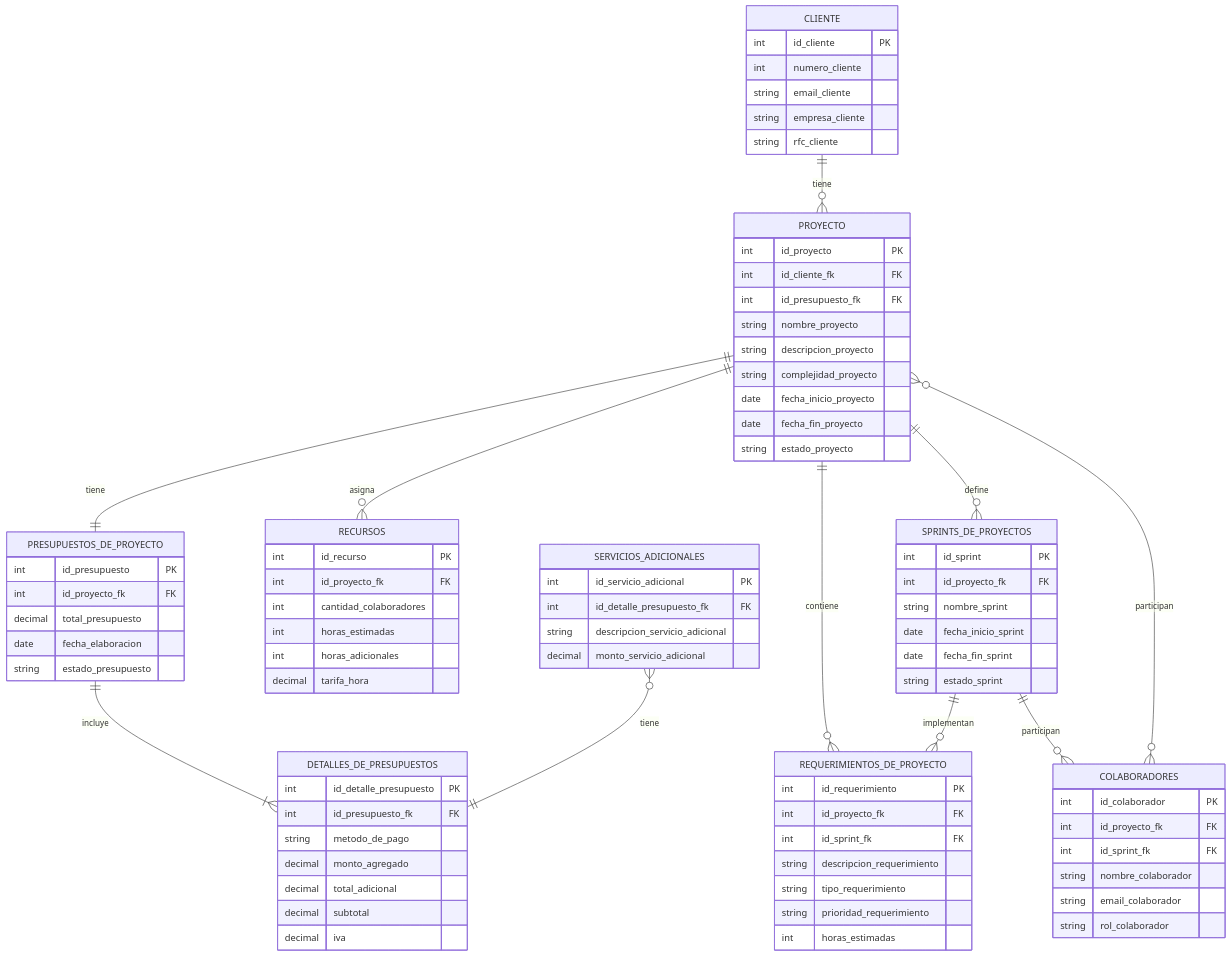
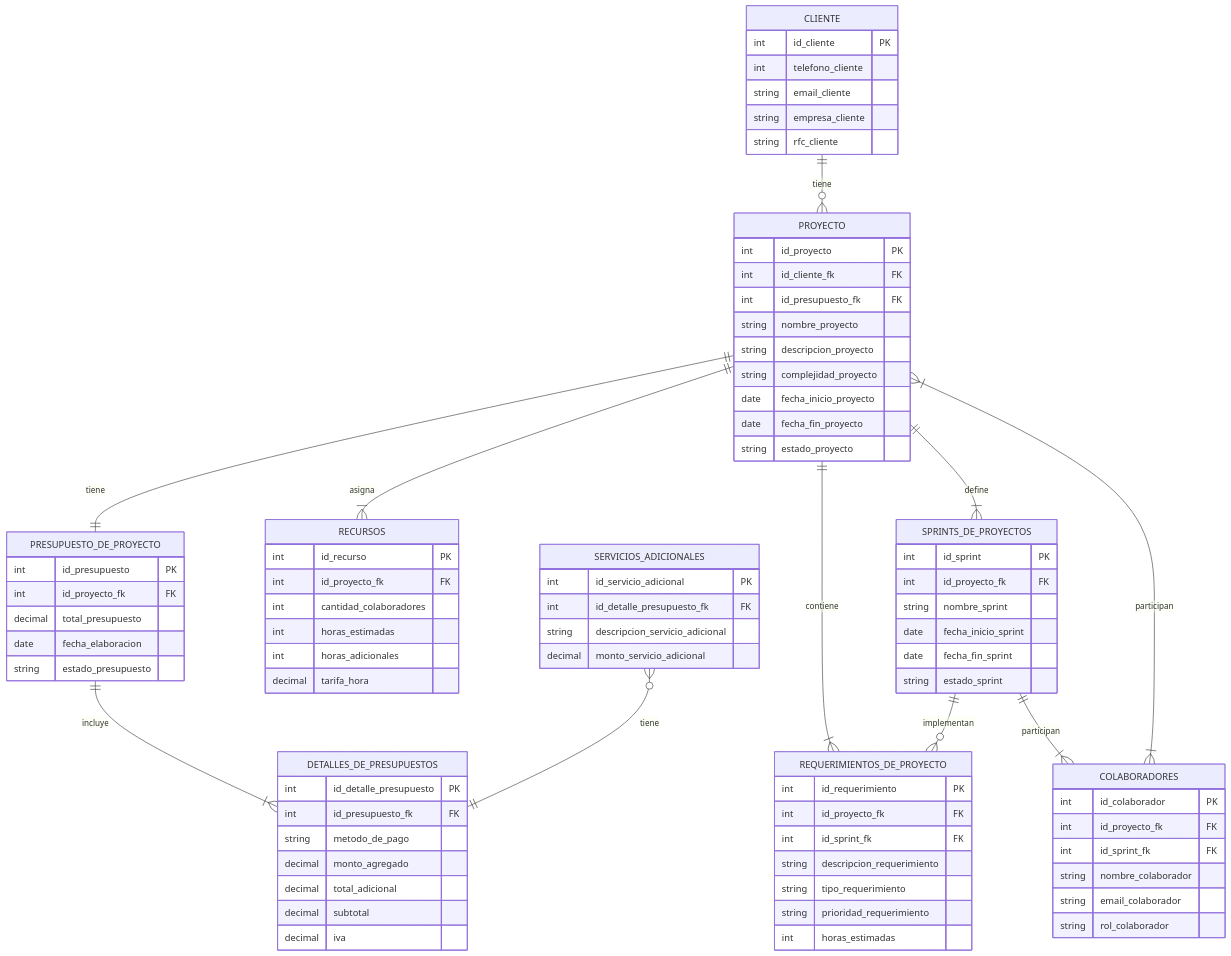
Before and after one commit to Pollix27/NGINX-Start_project: the diagram in src/main/resources/Diagramas/Diagrama ER.mermaid, drawn with Mermaid. The commit also changed 41 other files, not shown here.

```diff
--- a/src/main/resources/Diagramas/Diagrama ER.mermaid
+++ b/src/main/resources/Diagramas/Diagrama ER.mermaid
@@ -1,96 +1,96 @@
 erDiagram
     CLIENTE ||--o{ PROYECTO : "tiene"
-    PROYECTO ||--|| PRESUPUESTOS_DE_PROYECTO : "tiene"
-    PRESUPUESTOS_DE_PROYECTO ||--|{DETALLES_DE_PRESUPUESTOS : "incluye"
-    PROYECTO ||--o{ RECURSOS : "asigna"
-    PROYECTO ||--o{ SPRINTS_DE_PROYECTOS  : "define"
-    PROYECTO ||--o{ REQUERIMIENTOS_DE_PROYECTO : "contiene"
+    PROYECTO ||--|| PRESUPUESTO_DE_PROYECTO : "tiene"
+    PRESUPUESTO_DE_PROYECTO ||--|{DETALLES_DE_PRESUPUESTOS : "incluye"
+    PROYECTO ||--|{ RECURSOS : "asigna"
+    PROYECTO ||--|{ SPRINTS_DE_PROYECTOS  : "define"
+    PROYECTO ||--|{ REQUERIMIENTOS_DE_PROYECTO : "contiene"
     SPRINTS_DE_PROYECTOS ||--o{REQUERIMIENTOS_DE_PROYECTO : "implementan"
-    SPRINTS_DE_PROYECTOS ||--o{COLABORADORES : "participan"
-    PROYECTO }o--o{ COLABORADORES : "participan"
+    SPRINTS_DE_PROYECTOS ||--|{COLABORADORES : "participan"
+    PROYECTO }|--|{ COLABORADORES : "participan"
     SERVICIOS_ADICIONALES}o--|| DETALLES_DE_PRESUPUESTOS : "tiene"
 
 
 
     CLIENTE {
         int id_cliente PK
-        int numero_cliente
+        int telefono_cliente
         string email_cliente
         string empresa_cliente
         string rfc_cliente
     }
 
     PROYECTO {
         int id_proyecto PK
         int id_cliente_fk FK
         int id_presupuesto_fk FK
         string nombre_proyecto
         string descripcion_proyecto
         string complejidad_proyecto
         date fecha_inicio_proyecto
         date fecha_fin_proyecto
         string estado_proyecto
     }
 
     REQUERIMIENTOS_DE_PROYECTO {
         int id_requerimiento PK
         int id_proyecto_fk FK
         int id_sprint_fk FK
         string descripcion_requerimiento
         string tipo_requerimiento
         string prioridad_requerimiento
         int horas_estimadas
     }
 
-    PRESUPUESTOS_DE_PROYECTO {
+    PRESUPUESTO_DE_PROYECTO {
         int id_presupuesto PK
         int id_proyecto_fk FK
         decimal total_presupuesto
         date fecha_elaboracion
         string estado_presupuesto
     }
 
     DETALLES_DE_PRESUPUESTOS {
         int id_detalle_presupuesto PK
         int id_presupuesto_fk FK
         string metodo_de_pago
         decimal monto_agregado
         decimal total_adicional
         decimal subtotal
         decimal iva
     }
 
     RECURSOS {
         int id_recurso PK
         int id_proyecto_fk FK
         int cantidad_colaboradores
         int horas_estimadas
         int horas_adicionales
         decimal tarifa_hora
     }
 
     SPRINTS_DE_PROYECTOS {
         int id_sprint PK
         int id_proyecto_fk FK
         string nombre_sprint
         date fecha_inicio_sprint
         date fecha_fin_sprint
         string estado_sprint
     }
 
     COLABORADORES {
         int id_colaborador PK
         int id_proyecto_fk FK
         int id_sprint_fk FK
         string nombre_colaborador
         string email_colaborador
         string rol_colaborador
     }
 
     SERVICIOS_ADICIONALES{
         int id_servicio_adicional PK
         int id_detalle_presupuesto_fk FK
         string descripcion_servicio_adicional
         decimal monto_servicio_adicional
 
     }
```
